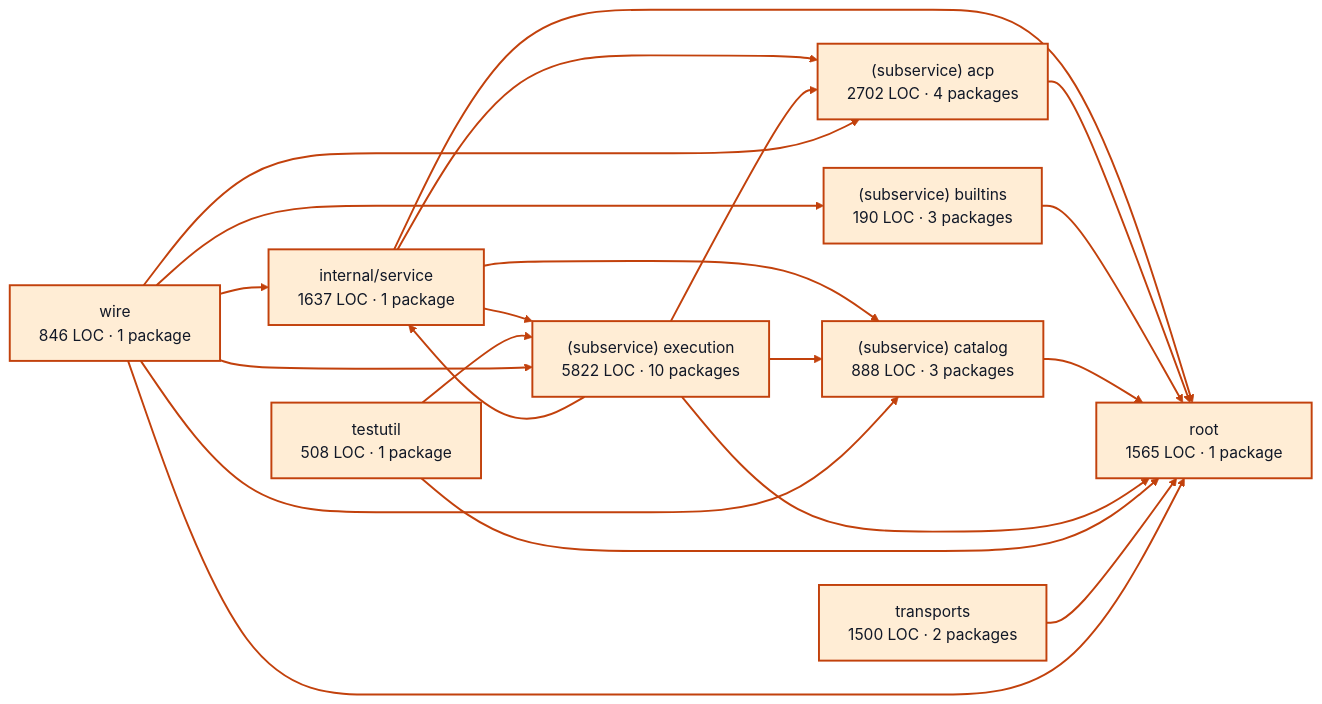
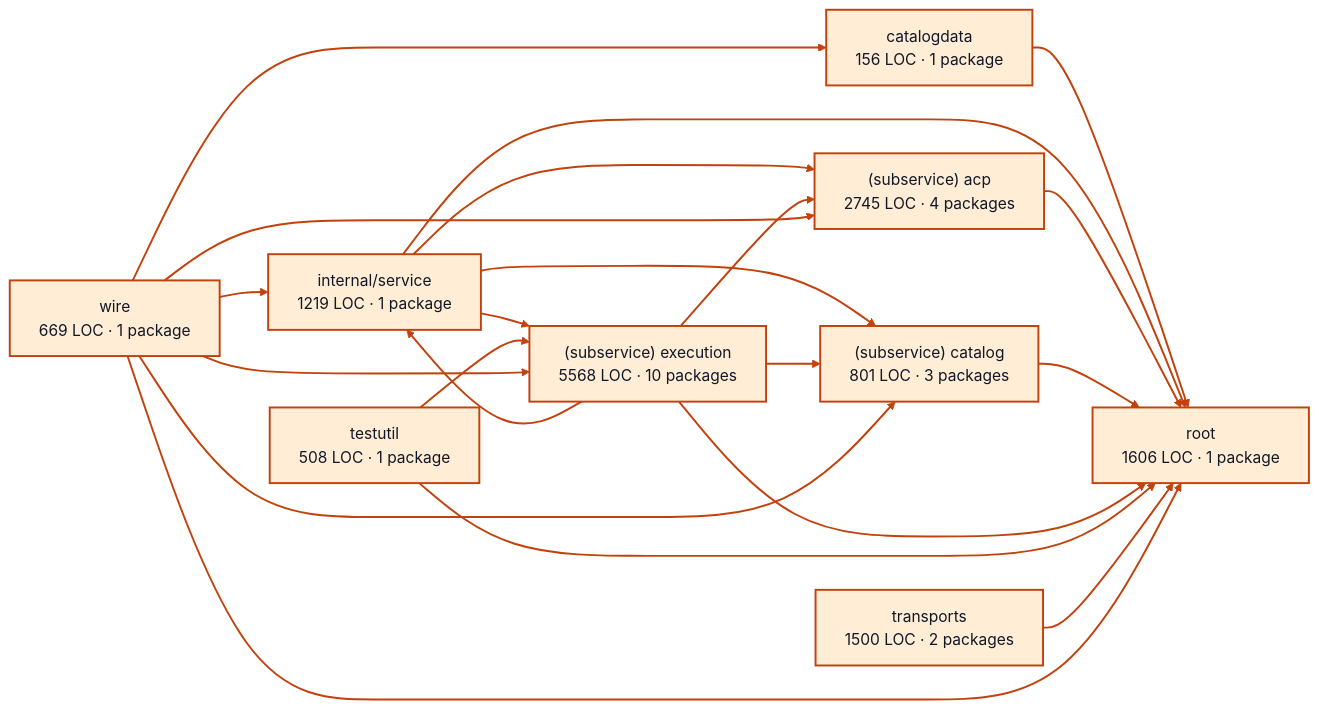
One commit to portpowered/you-agent-factory changed the diagram in docs/architecture/visualizations/services/providers.md. Above: the diagram before and after it, drawn with Mermaid (base theme). The commit also changed other lines of this file and 20 other files, not shown here.

Commit message:
docs: refresh backend architecture visualizations

````diff
--- a/docs/architecture/visualizations/services/providers.md
+++ b/docs/architecture/visualizations/services/providers.md
@@ -11,42 +11,42 @@
 ```mermaid
 flowchart LR
-  p0["internal/service<br/>1637 LOC · 1 package"]
-  p1["(subservice) acp<br/>2702 LOC · 4 packages"]
-  p2["(subservice) builtins<br/>190 LOC · 3 packages"]
-  p3["(subservice) catalog<br/>888 LOC · 3 packages"]
-  p4["(subservice) execution<br/>5822 LOC · 10 packages"]
+  p0["catalogdata<br/>156 LOC · 1 package"]
+  p1["internal/service<br/>1219 LOC · 1 package"]
+  p2["(subservice) acp<br/>2745 LOC · 4 packages"]
+  p3["(subservice) catalog<br/>801 LOC · 3 packages"]
+  p4["(subservice) execution<br/>5568 LOC · 10 packages"]
   p5["testutil<br/>508 LOC · 1 package"]
-  p6["root<br/>1565 LOC · 1 package"]
+  p6["root<br/>1606 LOC · 1 package"]
   p7["transports<br/>1500 LOC · 2 packages"]
-  p8["wire<br/>846 LOC · 1 package"]
-  p0 --> p1
-  p0 --> p3
-  p0 --> p4
+  p8["wire<br/>669 LOC · 1 package"]
   p0 --> p6
+  p1 --> p2
+  p1 --> p3
+  p1 --> p4
   p1 --> p6
   p2 --> p6
   p3 --> p6
-  p4 --> p0
   p4 --> p1
+  p4 --> p2
   p4 --> p3
   p4 --> p6
   p5 --> p4
   p5 --> p6
   p7 --> p6
   p8 --> p0
   p8 --> p1
   p8 --> p2
   p8 --> p3
   p8 --> p4
   p8 --> p6
   style p0 fill:#ffedd5,stroke:#c2410c,stroke-width:2px,color:#111827
   style p1 fill:#ffedd5,stroke:#c2410c,stroke-width:2px,color:#111827
   style p2 fill:#ffedd5,stroke:#c2410c,stroke-width:2px,color:#111827
   style p3 fill:#ffedd5,stroke:#c2410c,stroke-width:2px,color:#111827
   style p4 fill:#ffedd5,stroke:#c2410c,stroke-width:2px,color:#111827
   style p5 fill:#ffedd5,stroke:#c2410c,stroke-width:2px,color:#111827
   style p6 fill:#ffedd5,stroke:#c2410c,stroke-width:2px,color:#111827
   style p7 fill:#ffedd5,stroke:#c2410c,stroke-width:2px,color:#111827
   style p8 fill:#ffedd5,stroke:#c2410c,stroke-width:2px,color:#111827
   linkStyle default stroke:#c2410c,stroke-width:2px
 ```
````
